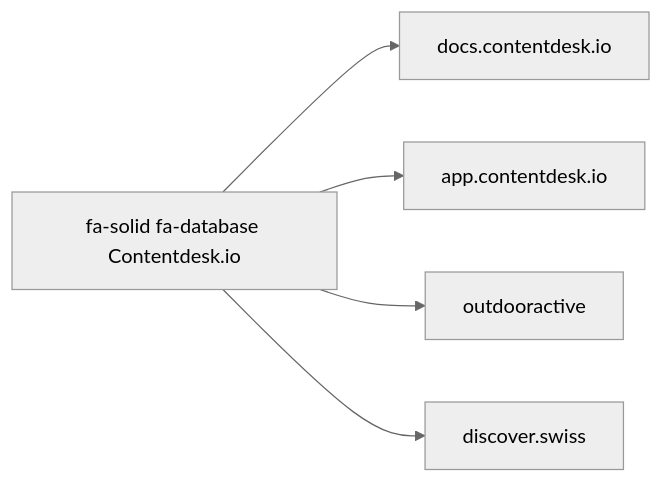
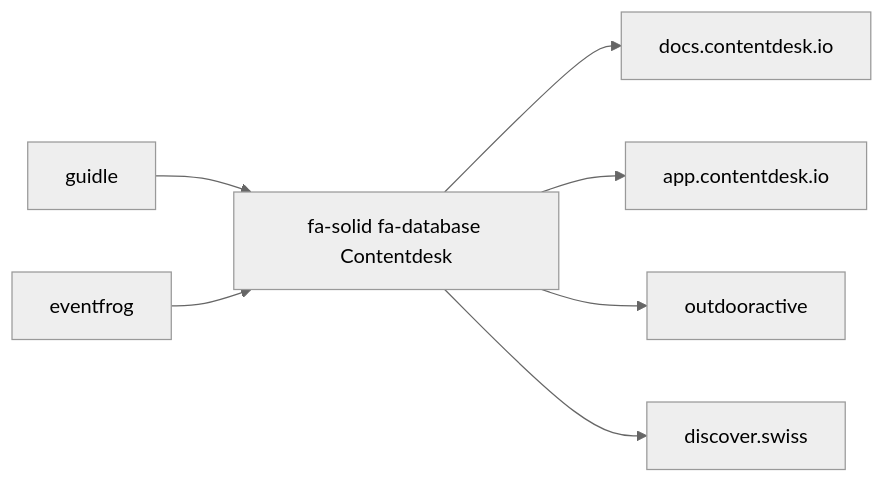
The first of 2 diagrams in docs/dev/index.md (tsolenthaler/docs.contentdesk.io), drawn with Mermaid (neutral theme) before and after one commit. The commit also changed other lines of this file, not shown here.

Commit message:
Refactor code to update contentdesk dependencies and fix formatting issues in index.md

````diff
--- a/docs/dev/index.md
+++ b/docs/dev/index.md
@@ -5,8 +7,11 @@
 ``` mermaid
 flowchart LR
 
-    contentdesk[fa-solid fa-database Contentdesk.io]-->docs.contentdesk.io
+    contentdesk[fa-solid fa-database Contentdesk]-->docs.contentdesk.io
     contentdesk-->app.contentdesk.io
     contentdesk-->outdooractive
     contentdesk-->discover.swiss
+
+    guidle-->contentdesk
+    eventfrog-->contentdesk
 ```
````
